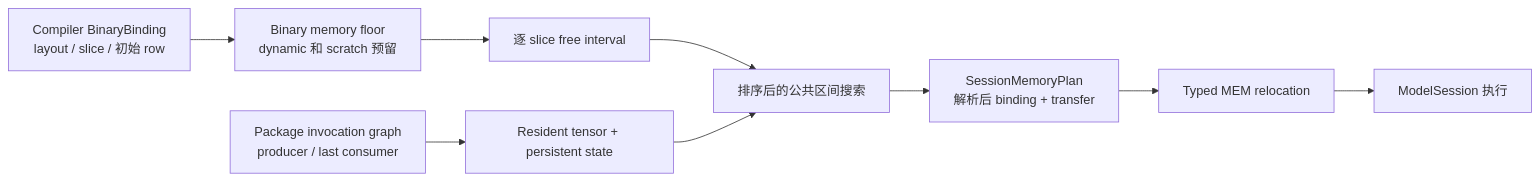
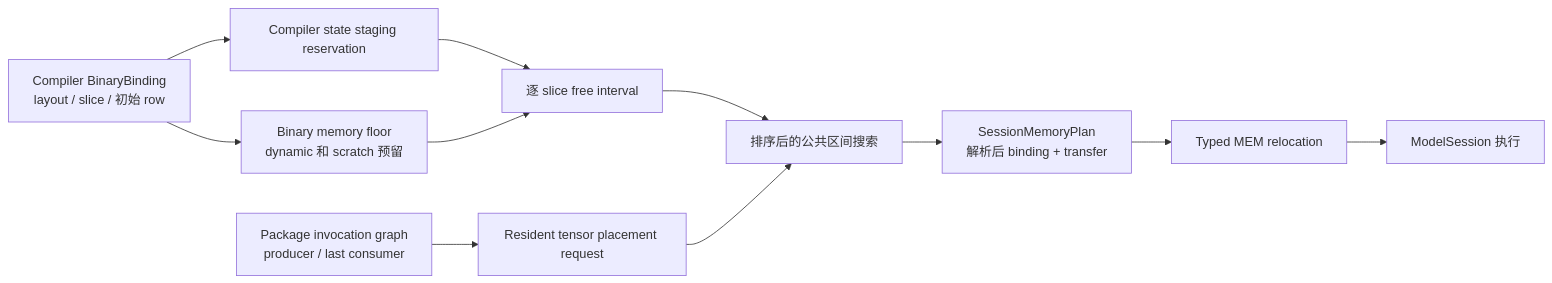
Before and after one commit to WongWangKit/FTLPU-SOFTWARE: the second of 2 diagrams in runtime/docs/model_package.zh-CN.md, drawn with Mermaid. The commit also changed other lines of this file and 25 other files, not shown here.

````diff
--- a/runtime/docs/model_package.zh-CN.md
+++ b/runtime/docs/model_package.zh-CN.md
@@ -142,17 +148,20 @@
 ```mermaid
 flowchart LR
     Binding["Compiler BinaryBinding<br/>layout / slice / 初始 row"]
     Floors["Binary memory floor<br/>dynamic 和 scratch 预留"]
     Graph["Package invocation graph<br/>producer / last consumer"]
     Free["逐 slice free interval"]
-    Requests["Resident tensor + persistent state"]
+    Requests["Resident tensor placement request"]
+    State["Compiler state staging reservation"]
     Search["排序后的公共区间搜索"]
     Plan["SessionMemoryPlan<br/>解析后 binding + transfer"]
     Reloc["Typed MEM relocation"]
     Run["ModelSession 执行"]
 
-    Binding --> Floors --> Free
+    Binding --> Floors
+    Binding --> State --> Free
+    Floors --> Free
     Graph --> Requests
     Free --> Search
     Requests --> Search --> Plan --> Reloc --> Run
 ```
````
